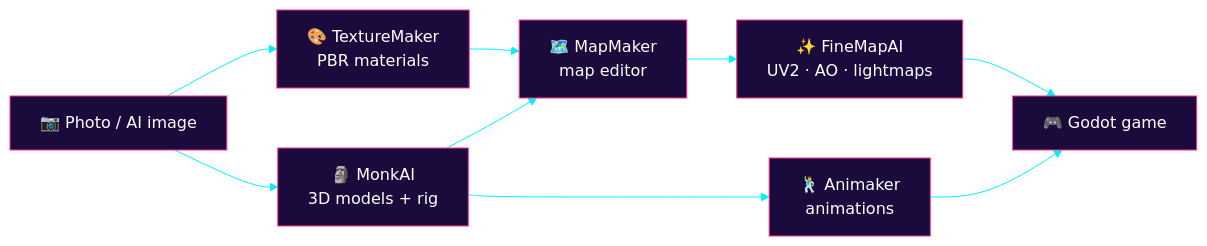
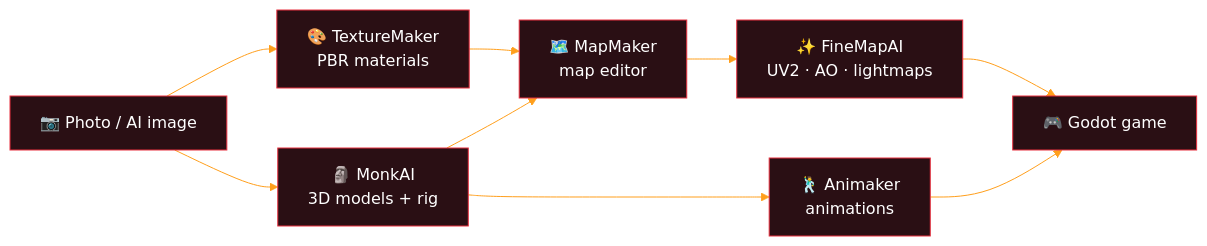
One commit to HattoriLoL/HattoriLoL changed the diagram in README.md. Above: the diagram before and after it, drawn with Mermaid. The commit also changed other lines of this file and 2 other files, not shown here.

````diff
--- a/README.md
+++ b/README.md
@@ -37,12 +37,12 @@
 ```mermaid
-%%{init: {'theme':'base','themeVariables':{'primaryColor':'#1b0a3c','primaryTextColor':'#ffffff','primaryBorderColor':'#ff2e97','lineColor':'#00f0ff','fontFamily':'monospace'}}}%%
+%%{init: {'theme':'base','themeVariables':{'primaryColor':'#2a0f14','primaryTextColor':'#ffffff','primaryBorderColor':'#e8303f','lineColor':'#ff9f1c','fontFamily':'monospace'}}}%%
 flowchart LR
     A["📷 Photo / AI image"] --> T["🎨 TextureMaker<br/>PBR materials"]
     A --> M["🗿 MonkAI<br/>3D models + rig"]
     M --> N["🕺 Animaker<br/>animations"]
     T --> P["🗺️ MapMaker<br/>map editor"]
     M --> P
     P --> F["✨ FineMapAI<br/>UV2 · AO · lightmaps"]
     F --> G["🎮 Godot game"]
     N --> G
 ```
````
